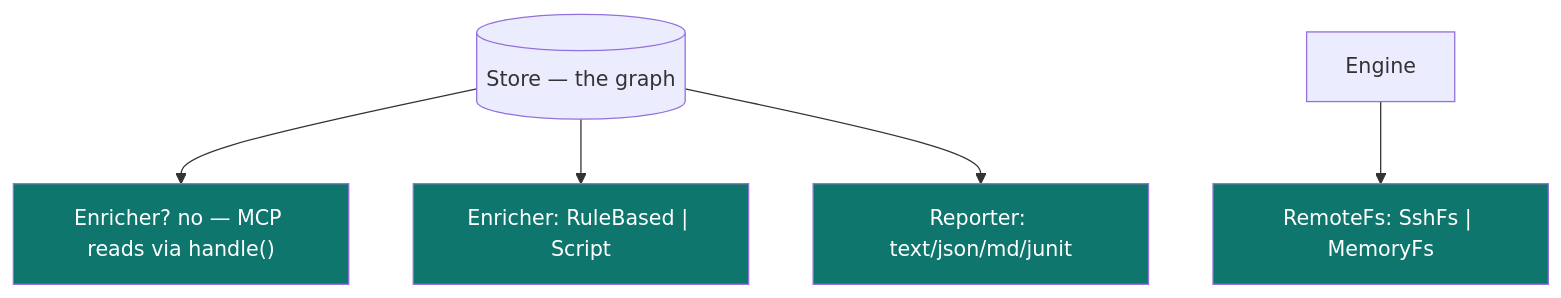
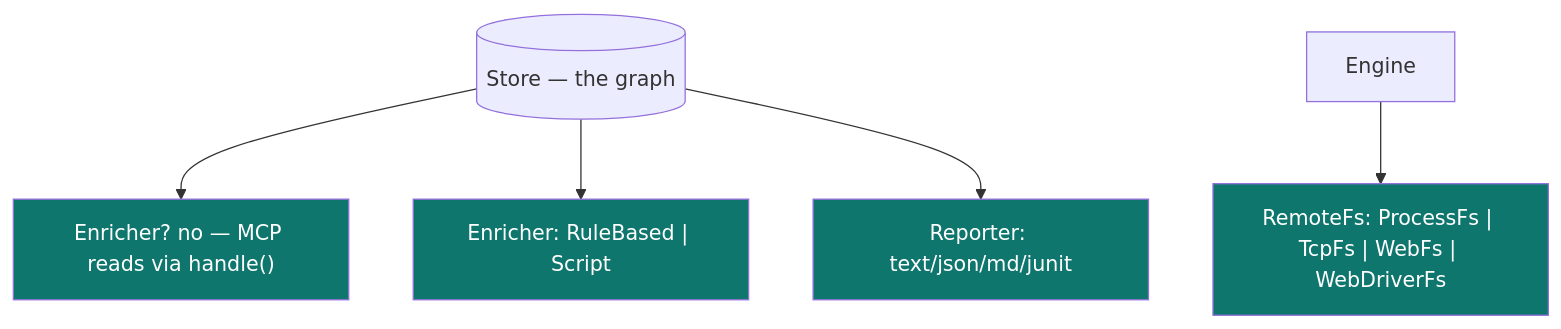
One commit to rangertaha/exfil changed the seventh of 7 diagrams in docs/src/architecture/integrations.md. Above: the diagram before and after it, drawn with Mermaid. The commit also changed other lines of this file and 38 other files, not shown here.

````diff
--- a/docs/src/architecture/integrations.md
+++ b/docs/src/architecture/integrations.md
@@ -218,11 +224,11 @@
 ```mermaid
 flowchart TD
     STORE[(Store — the graph)]
     STORE --> MCP["Enricher? no — MCP reads via handle()"]
     STORE --> ENR["Enricher: RuleBased | Script"]
     STORE --> REP["Reporter: text/json/md/junit"]
-    ENGINE["Engine"] --> RFS["RemoteFs: SshFs | MemoryFs"]
+    ENGINE["Engine"] --> RFS["RemoteFs: ProcessFs | TcpFs | WebFs | WebDriverFs"]
 
     classDef t fill:#0f766e,color:#fff
     class MCP,ENR,REP,RFS t
 ```
````
